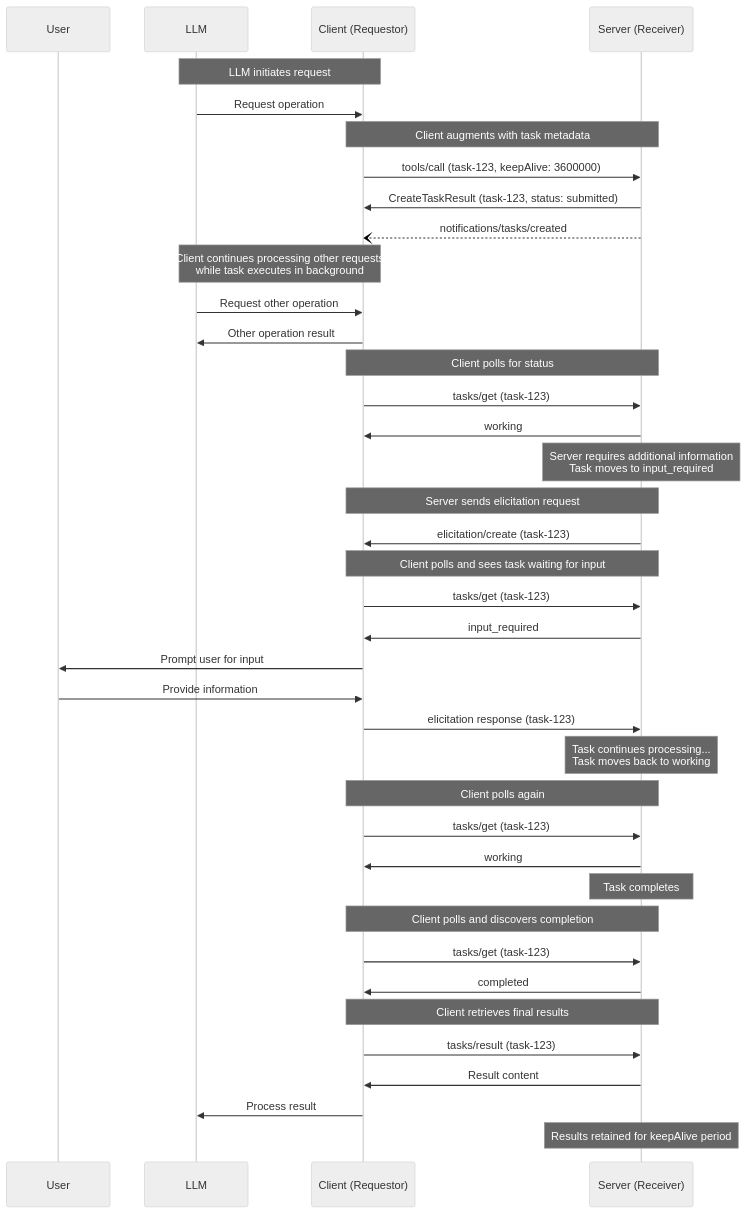
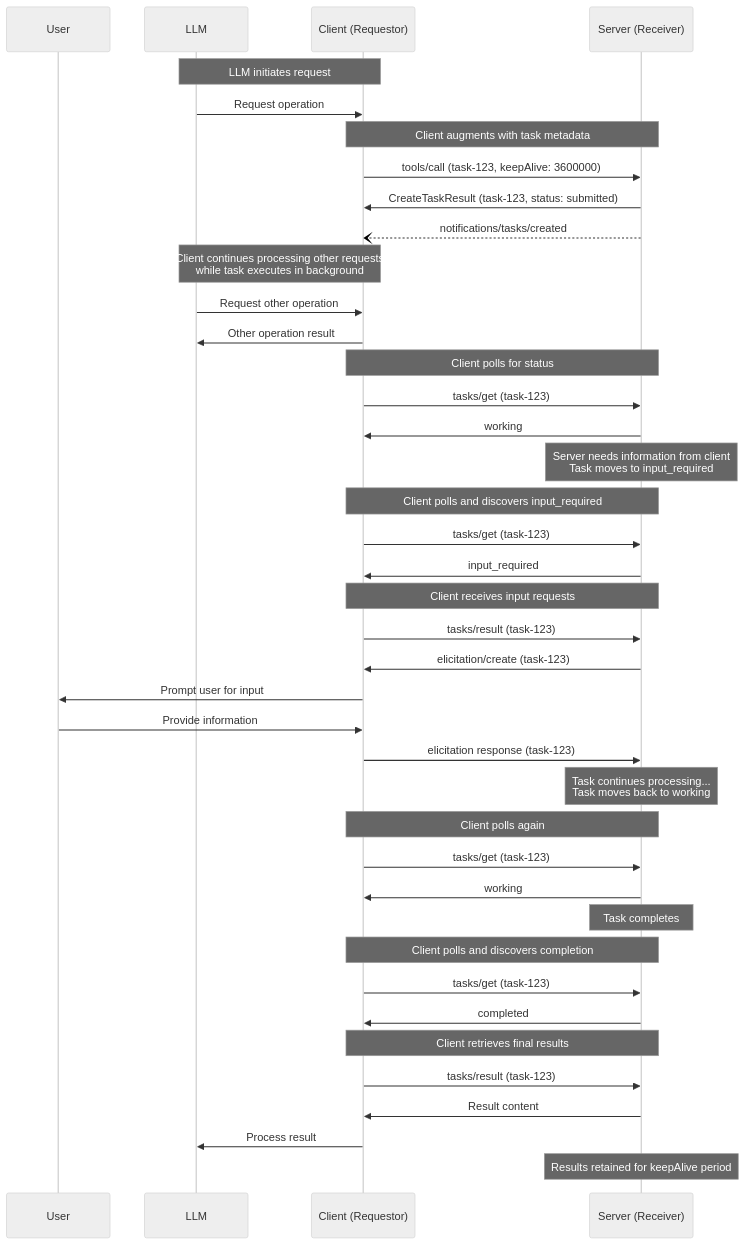
The third of 6 diagrams in docs/specification/draft/basic/utilities/tasks.mdx (scottslewis/modelcontextprotocol), drawn with Mermaid (neutral theme) before and after one commit. The commit also changed other lines of this file, not shown here.

Commit message:
Alter input_required to note tasks/result relation

````diff
--- a/docs/specification/draft/basic/utilities/tasks.mdx
+++ b/docs/specification/draft/basic/utilities/tasks.mdx
@@ -481,55 +482,55 @@
 ```mermaid
 sequenceDiagram
     participant U as User
     participant LLM
     participant C as Client (Requestor)
     participant S as Server (Receiver)
 
     Note over LLM,C: LLM initiates request
     LLM->>C: Request operation
 
     Note over C,S: Client augments with task metadata
     C->>S: tools/call (task-123, keepAlive: 3600000)
     S->>C: CreateTaskResult (task-123, status: submitted)
     S--)C: notifications/tasks/created
 
     Note over LLM,C: Client continues processing other requests<br/>while task executes in background
     LLM->>C: Request other operation
     C->>LLM: Other operation result
 
     Note over C,S: Client polls for status
     C->>S: tasks/get (task-123)
     S->>C: working
 
-    Note over S: Server requires additional information<br/>Task moves to input_required
+    Note over S: Server needs information from client<br/>Task moves to input_required
 
-    Note over S,C: Server sends elicitation request
-    S->>C: elicitation/create (task-123)
-
-    Note over C,S: Client polls and sees task waiting for input
+    Note over C,S: Client polls and discovers input_required
     C->>S: tasks/get (task-123)
     S->>C: input_required
 
+    Note over C,S: Client receives input requests
+    C->>S: tasks/result (task-123)
+    S->>C: elicitation/create (task-123)
     C->>U: Prompt user for input
     U->>C: Provide information
     C->>S: elicitation response (task-123)
 
     Note over S: Task continues processing...<br/>Task moves back to working
 
     Note over C,S: Client polls again
     C->>S: tasks/get (task-123)
     S->>C: working
 
     Note over S: Task completes
 
     Note over C,S: Client polls and discovers completion
     C->>S: tasks/get (task-123)
     S->>C: completed
 
     Note over C,S: Client retrieves final results
     C->>S: tasks/result (task-123)
     S->>C: Result content
     C->>LLM: Process result
 
     Note over S: Results retained for keepAlive period
 ```
````
